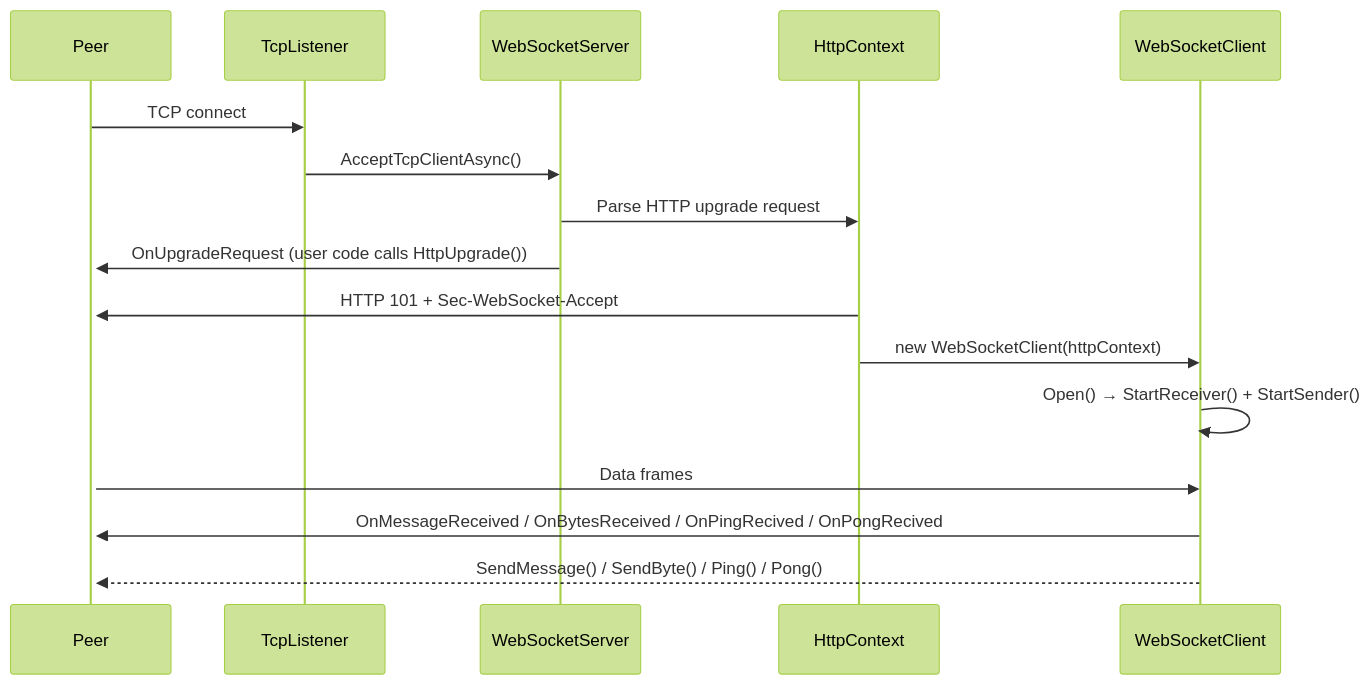
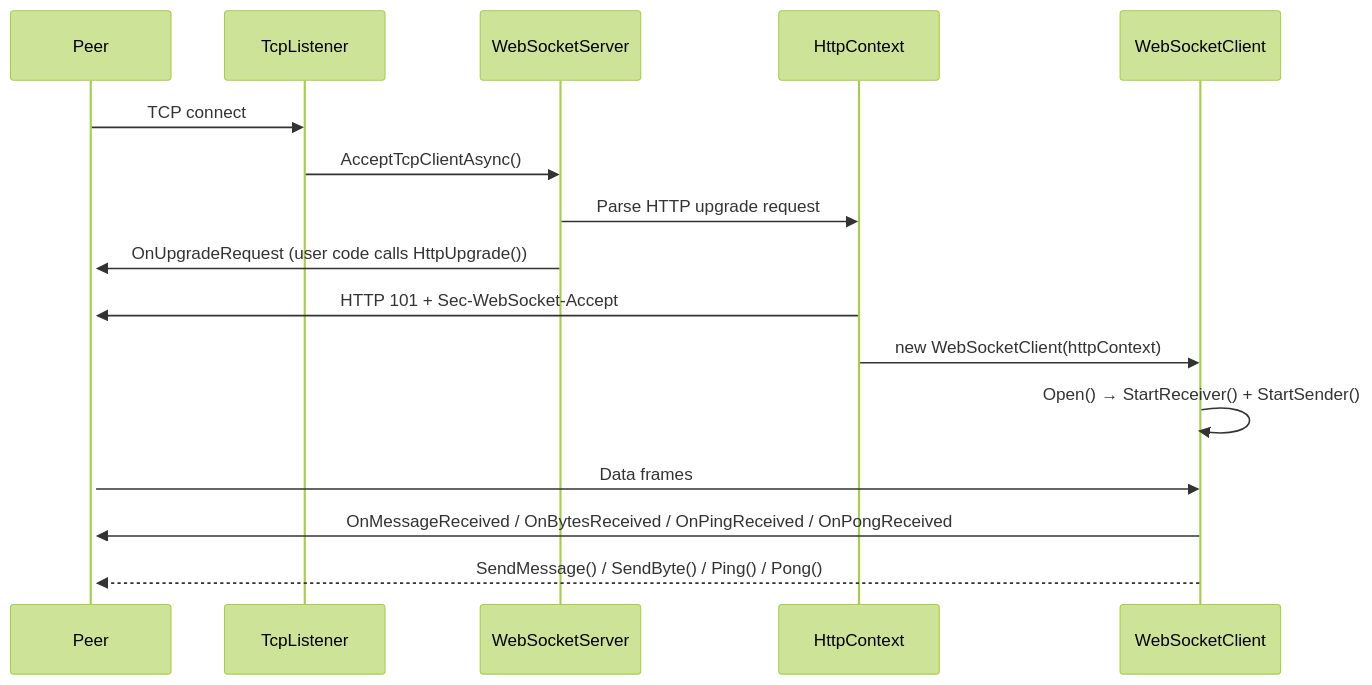
One commit to lhzcm/LHZ.WebSocket changed the diagram in README.md. Above: the diagram before and after it, drawn with Mermaid (forest theme). The commit also changed other lines of this file and 28 other files, not shown here.

````diff
--- a/README.md
+++ b/README.md
@@ -262,19 +285,19 @@
 ```mermaid
 sequenceDiagram
     participant Peer
     participant TcpListener
     participant WebSocketServer
     participant HttpContext
     participant WebSocketClient
 
     Peer->>TcpListener: TCP connect
     TcpListener->>WebSocketServer: AcceptTcpClientAsync()
     WebSocketServer->>HttpContext: Parse HTTP upgrade request
     WebSocketServer->>+Peer: OnUpgradeRequest (user code calls HttpUpgrade())
     HttpContext->>Peer: HTTP 101 + Sec-WebSocket-Accept
     HttpContext->>WebSocketClient: new WebSocketClient(httpContext)
     WebSocketClient->>WebSocketClient: Open() → StartReceiver() + StartSender()
     Peer->>WebSocketClient: Data frames
-    WebSocketClient->>Peer: OnMessageReceived / OnBytesReceived / OnPingRecived / OnPongRecived
+    WebSocketClient->>Peer: OnMessageReceived / OnBytesReceived / OnPingReceived / OnPongReceived
     WebSocketClient-->>Peer: SendMessage() / SendByte() / Ping() / Pong()
 ```
````
